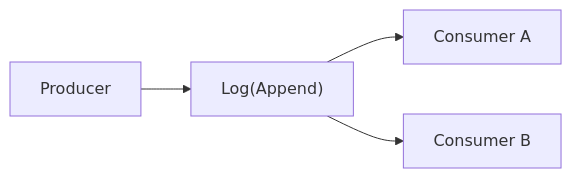
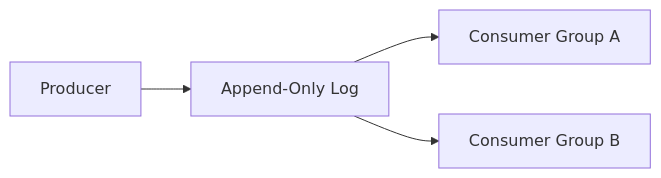
The first of 11 diagrams in _posts/kafka/2026-05-01-kafka-fundamentals.md (yjkim2015/yjkim2015.github.io), drawn with Mermaid before and after one commit. The commit also changed other lines of this file and 5 other files, not shown here.

````diff
--- a/_posts/kafka/2026-05-01-kafka-fundamentals.md
+++ b/_posts/kafka/2026-05-01-kafka-fundamentals.md
@@ -38,6 +40,6 @@
 ```mermaid
 graph LR
-    P["Producer"] --> LOG["Log(Append)"]
-    LOG --> CA["Consumer A"]
-    LOG --> CB["Consumer B"]
+    P["Producer"] --> LOG["Append-Only Log"]
+    LOG --> CA["Consumer Group A"]
+    LOG --> CB["Consumer Group B"]
 ```
````
